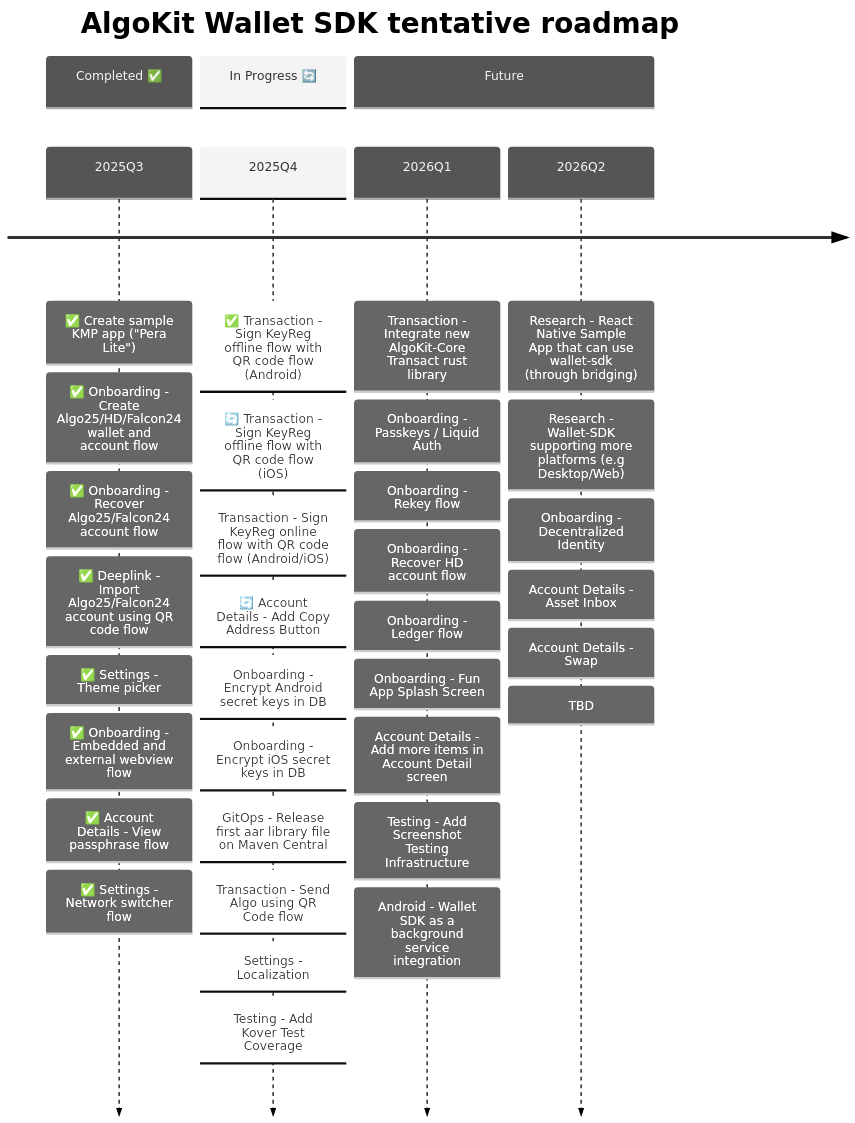
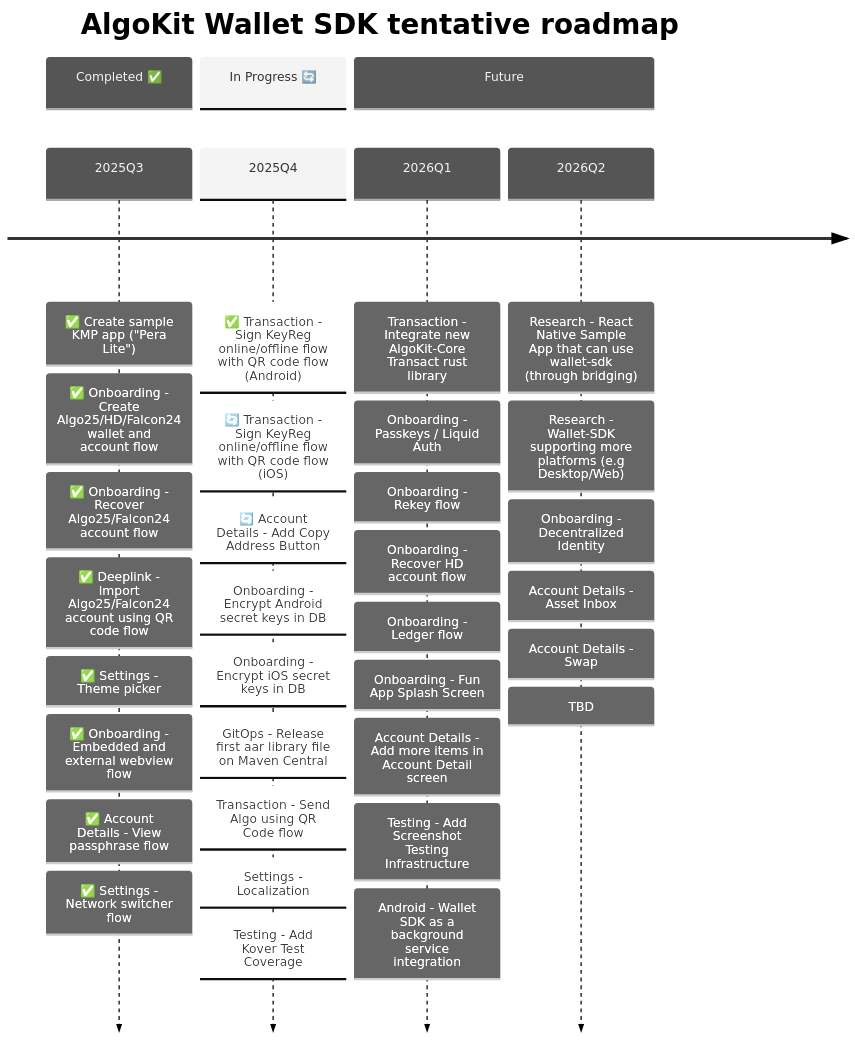
The second of 3 diagrams in README.md (michaeltchuang/algokit-walletsdk-kmp), drawn with Mermaid before and after one commit. The commit also changed 16 other files, not shown here.

Commit message:
feat: add in keyreg online txn signing for Android (#79)

````diff
--- a/README.md
+++ b/README.md
@@ -47,47 +47,46 @@
 ```mermaid
 ---
 config:
   theme: 'neutral'
 ---
 timeline
     title AlgoKit Wallet SDK tentative roadmap
 
     section Completed ✅
     2025Q3  : ✅ Create sample KMP app ("Pera Lite")
             : ✅ Onboarding - Create Algo25/HD/Falcon24 wallet and account flow
             : ✅ Onboarding - Recover Algo25/Falcon24 account flow
             : ✅ Deeplink - Import Algo25/Falcon24 account using QR code flow
             : ✅ Settings - Theme picker
             : ✅ Onboarding - Embedded and external webview flow
             : ✅ Account Details - View passphrase flow
             : ✅ Settings - Network switcher flow
 
     section In Progress 🔄
-    2025Q4  : ✅ Transaction - Sign KeyReg offline flow with QR code flow (Android)
-            : 🔄 Transaction - Sign KeyReg offline flow with QR code flow (iOS)
-            : Transaction - Sign KeyReg online flow with QR code flow (Android/iOS)
+    2025Q4  : ✅ Transaction - Sign KeyReg online/offline flow with QR code flow (Android)
+            : 🔄 Transaction - Sign KeyReg online/offline flow with QR code flow (iOS)
             : 🔄 Account Details - Add Copy Address Button
             : Onboarding - Encrypt Android secret keys in DB
             : Onboarding - Encrypt iOS secret keys in DB
             : GitOps - Release first aar library file on Maven Central
             : Transaction - Send Algo using QR Code flow
             : Settings - Localization
             : Testing - Add Kover Test Coverage
 
     section Future
     2026Q1  : Transaction - Integrate new AlgoKit-Core Transact rust library
             : Onboarding - Passkeys / Liquid Auth
             : Onboarding - Rekey flow
             : Onboarding - Recover HD account flow
             : Onboarding - Ledger flow
             : Onboarding - Fun App Splash Screen
             : Account Details - Add more items in Account Detail screen
             : Testing - Add Screenshot Testing Infrastructure
             : Android - Wallet SDK as a background service integration
     2026Q2  : Research - React Native Sample App that can use wallet-sdk (through bridging)
             : Research - Wallet-SDK supporting more platforms (e.g Desktop/Web)
             : Onboarding - Decentralized Identity
             : Account Details - Asset Inbox
             : Account Details - Swap
             : TBD
 ```
````
